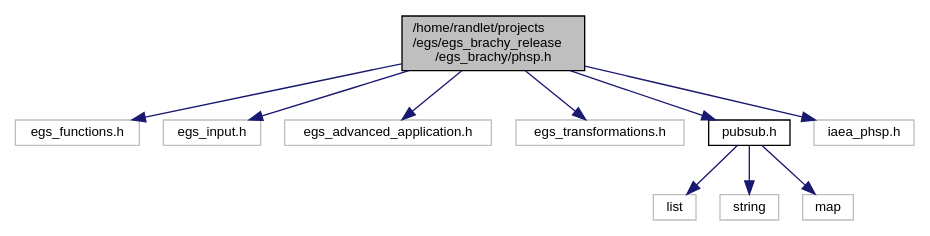
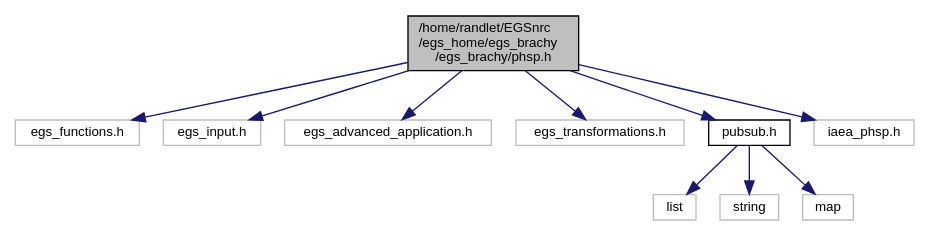
The diagram in docs/phsp_8h__incl.dot (clrp-code/egs_brachy), drawn with Graphviz before and after one commit. The commit also changed 675 other files, not shown here.

```diff
--- a/docs/phsp_8h__incl.dot
+++ b/docs/phsp_8h__incl.dot
@@ -1,24 +1,24 @@
-digraph "/home/randlet/projects/egs/egs_brachy_release/egs_brachy/phsp.h"
+digraph "/home/randlet/EGSnrc/egs_home/egs_brachy/egs_brachy/phsp.h"
 {
   edge [fontname="Helvetica",fontsize="10",labelfontname="Helvetica",labelfontsize="10"];
   node [fontname="Helvetica",fontsize="10",shape=record];
-  Node1 [label="/home/randlet/projects\l/egs/egs_brachy_release\l/egs_brachy/phsp.h",height=0.2,width=0.4,color="black", fillcolor="grey75", style="filled", fontcolor="black"];
+  Node1 [label="/home/randlet/EGSnrc\l/egs_home/egs_brachy\l/egs_brachy/phsp.h",height=0.2,width=0.4,color="black", fillcolor="grey75", style="filled", fontcolor="black"];
   Node1 -> Node2 [color="midnightblue",fontsize="10",style="solid",fontname="Helvetica"];
   Node2 [label="egs_functions.h",height=0.2,width=0.4,color="grey75", fillcolor="white", style="filled"];
   Node1 -> Node3 [color="midnightblue",fontsize="10",style="solid",fontname="Helvetica"];
   Node3 [label="egs_input.h",height=0.2,width=0.4,color="grey75", fillcolor="white", style="filled"];
   Node1 -> Node4 [color="midnightblue",fontsize="10",style="solid",fontname="Helvetica"];
   Node4 [label="egs_advanced_application.h",height=0.2,width=0.4,color="grey75", fillcolor="white", style="filled"];
   Node1 -> Node5 [color="midnightblue",fontsize="10",style="solid",fontname="Helvetica"];
   Node5 [label="egs_transformations.h",height=0.2,width=0.4,color="grey75", fillcolor="white", style="filled"];
   Node1 -> Node6 [color="midnightblue",fontsize="10",style="solid",fontname="Helvetica"];
   Node6 [label="pubsub.h",height=0.2,width=0.4,color="black", fillcolor="white", style="filled",URL="$pubsub_8h.html",tooltip="A simple pub/sub module to allow various egs_brachy classes to subscribe to particle events..."];
   Node6 -> Node7 [color="midnightblue",fontsize="10",style="solid",fontname="Helvetica"];
   Node7 [label="list",height=0.2,width=0.4,color="grey75", fillcolor="white", style="filled"];
   Node6 -> Node8 [color="midnightblue",fontsize="10",style="solid",fontname="Helvetica"];
   Node8 [label="string",height=0.2,width=0.4,color="grey75", fillcolor="white", style="filled"];
   Node6 -> Node9 [color="midnightblue",fontsize="10",style="solid",fontname="Helvetica"];
   Node9 [label="map",height=0.2,width=0.4,color="grey75", fillcolor="white", style="filled"];
   Node1 -> Node10 [color="midnightblue",fontsize="10",style="solid",fontname="Helvetica"];
   Node10 [label="iaea_phsp.h",height=0.2,width=0.4,color="grey75", fillcolor="white", style="filled"];
 }
```
